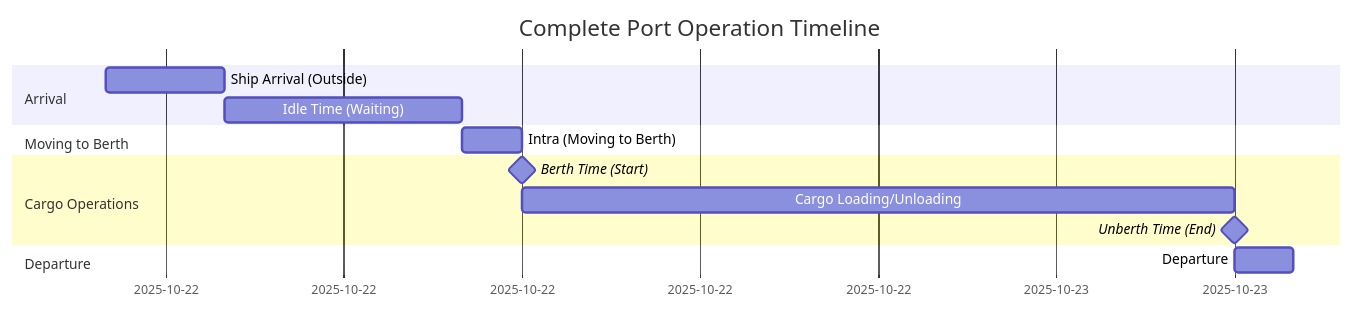
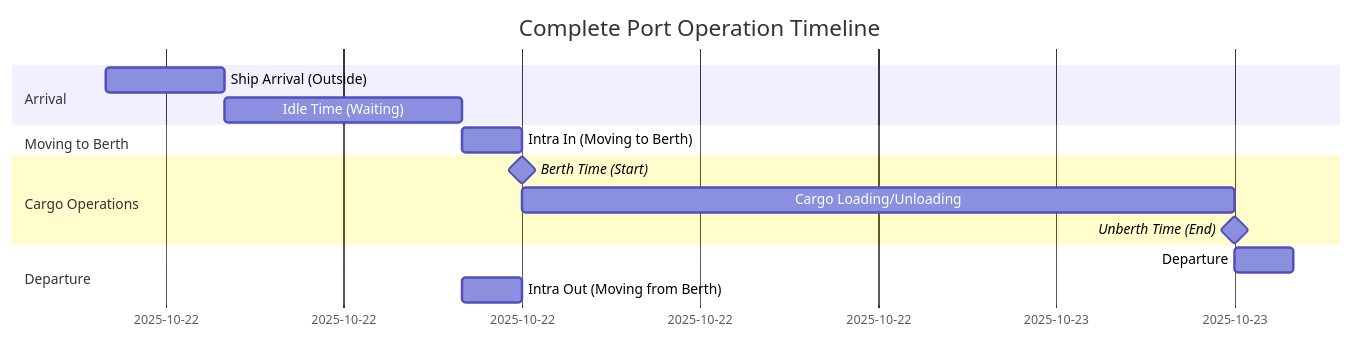
One commit to NguyenPhamCode4You/ai-home-lab-docker-compose changed the sixth of 20 diagrams in transcribe/VesselReport_Final_Documentation.md. Above: the diagram before and after it, drawn with Mermaid. The commit also changed other lines of this file, not shown here.

````diff
--- a/transcribe/VesselReport_Final_Documentation.md
+++ b/transcribe/VesselReport_Final_Documentation.md
@@ -337,16 +323,17 @@
 ```mermaid
 gantt
     title Complete Port Operation Timeline
     dateFormat HH:mm
     section Arrival
     Ship Arrival (Outside)     :a1, 08:00, 2h
     Idle Time (Waiting)       :a2, after a1, 4h
     section Moving to Berth
-    Intra (Moving to Berth)   :a3, after a2, 1h
+    Intra In (Moving to Berth)   :a3, after a2, 1h
     section Cargo Operations
     Berth Time (Start)        :milestone, after a3, 0h
     Cargo Loading/Unloading   :a4, after a3, 12h
     Unberth Time (End)        :milestone, after a4, 0h
     section Departure
     Departure                 :a5, after a4, 1h
+    Intra Out (Moving from Berth)   :a3, after a2, 1h
 ```
````
